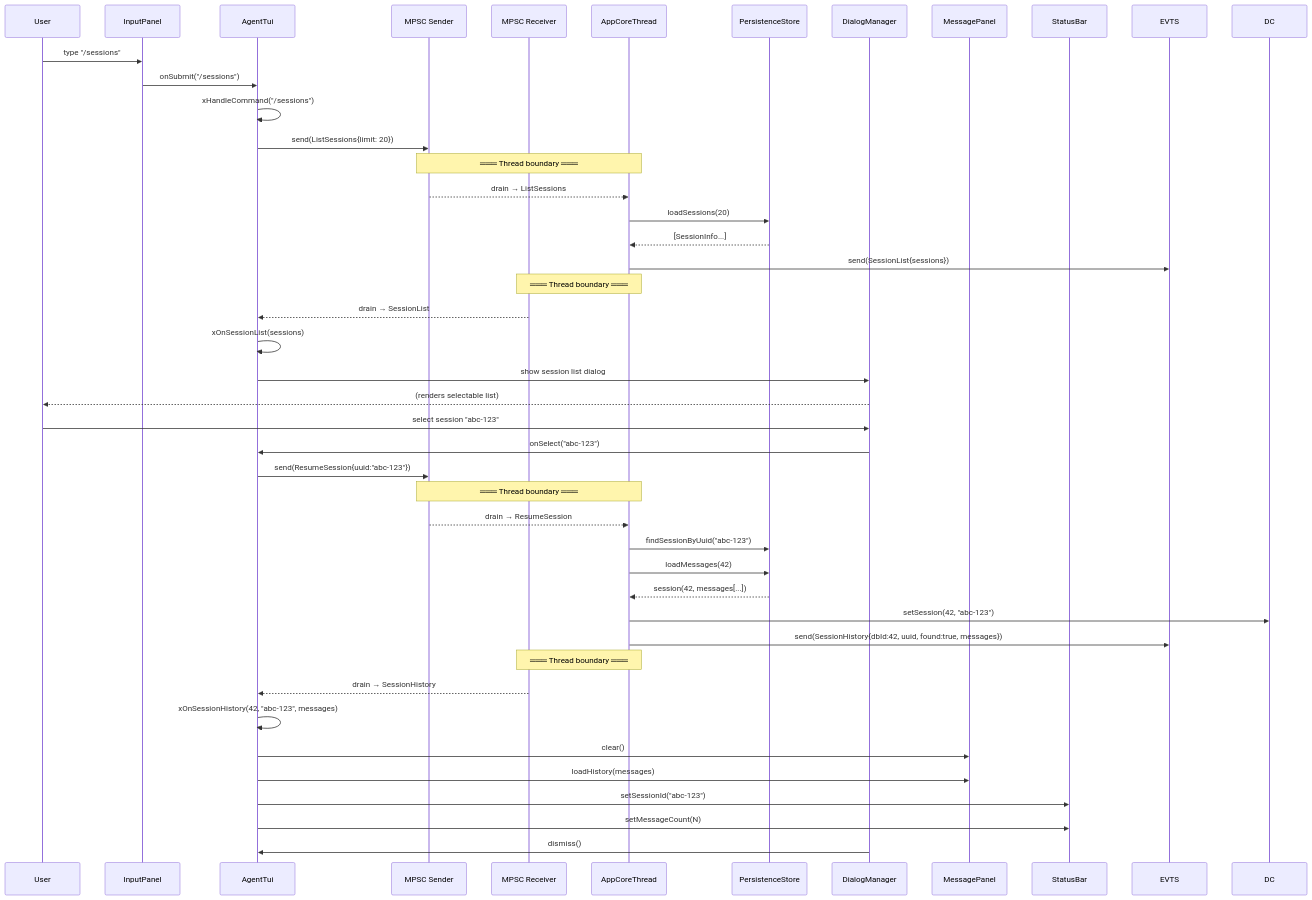
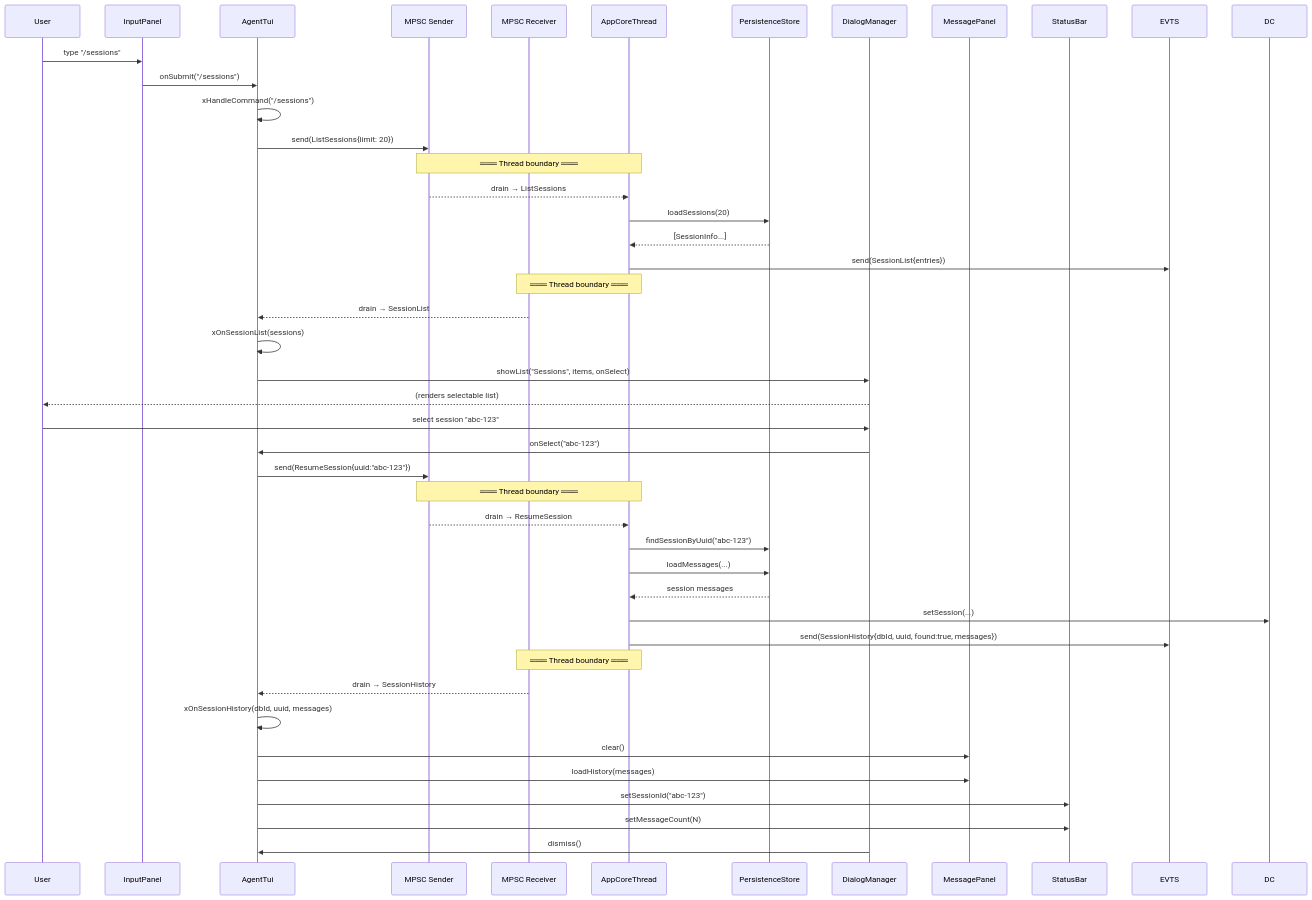
Before and after one commit to opensassi/a0: the third of 6 diagrams in src/tui/technical-specification.md, drawn with Mermaid. The commit also changed other lines of this file and 165 other files, not shown here.

````diff
--- a/src/tui/technical-specification.md
+++ b/src/tui/technical-specification.md
@@ -648,55 +687,55 @@
 ```mermaid
 sequenceDiagram
     participant User
     participant IP as InputPanel
     participant AT as AgentTui
     participant CMD as MPSC Sender
     participant EVT as MPSC Receiver
     participant ACT as AppCoreThread
     participant PS as PersistenceStore
     participant DM as DialogManager
     participant MP as MessagePanel
     participant SB as StatusBar
 
     User->>IP: type "/sessions"
     IP->>AT: onSubmit("/sessions")
     AT->>AT: xHandleCommand("/sessions")
     AT->>CMD: send(ListSessions{limit: 20})
 
     Note over CMD,ACT: ═══ Thread boundary ═══
 
     CMD-->>ACT: drain → ListSessions
     ACT->>PS: loadSessions(20)
     PS-->>ACT: [SessionInfo...]
-    ACT->>EVTS: send(SessionList{sessions})
+    ACT->>EVTS: send(SessionList{entries})
 
     Note over ACT,EVT: ═══ Thread boundary ═══
 
     EVT-->>AT: drain → SessionList
     AT->>AT: xOnSessionList(sessions)
-    AT->>DM: show session list dialog
+    AT->>DM: showList("Sessions", items, onSelect)
     DM-->>User: (renders selectable list)
 
     User->>DM: select session "abc-123"
     DM->>AT: onSelect("abc-123")
     AT->>CMD: send(ResumeSession{uuid:"abc-123"})
 
     Note over CMD,ACT: ═══ Thread boundary ═══
 
     CMD-->>ACT: drain → ResumeSession
     ACT->>PS: findSessionByUuid("abc-123")
-    ACT->>PS: loadMessages(42)
-    PS-->>ACT: session(42, messages[...])
-    ACT->>DC: setSession(42, "abc-123")
-    ACT->>EVTS: send(SessionHistory{dbId:42, uuid, found:true, messages})
+    ACT->>PS: loadMessages(...)
+    PS-->>ACT: session messages
+    ACT->>DC: setSession(...)
+    ACT->>EVTS: send(SessionHistory{dbId, uuid, found:true, messages})
 
     Note over ACT,EVT: ═══ Thread boundary ═══
 
     EVT-->>AT: drain → SessionHistory
-    AT->>AT: xOnSessionHistory(42, "abc-123", messages)
+    AT->>AT: xOnSessionHistory(dbId, uuid, messages)
     AT->>MP: clear()
     AT->>MP: loadHistory(messages)
     AT->>SB: setSessionId("abc-123")
     AT->>SB: setMessageCount(N)
     DM->>AT: dismiss()
 ```
````
